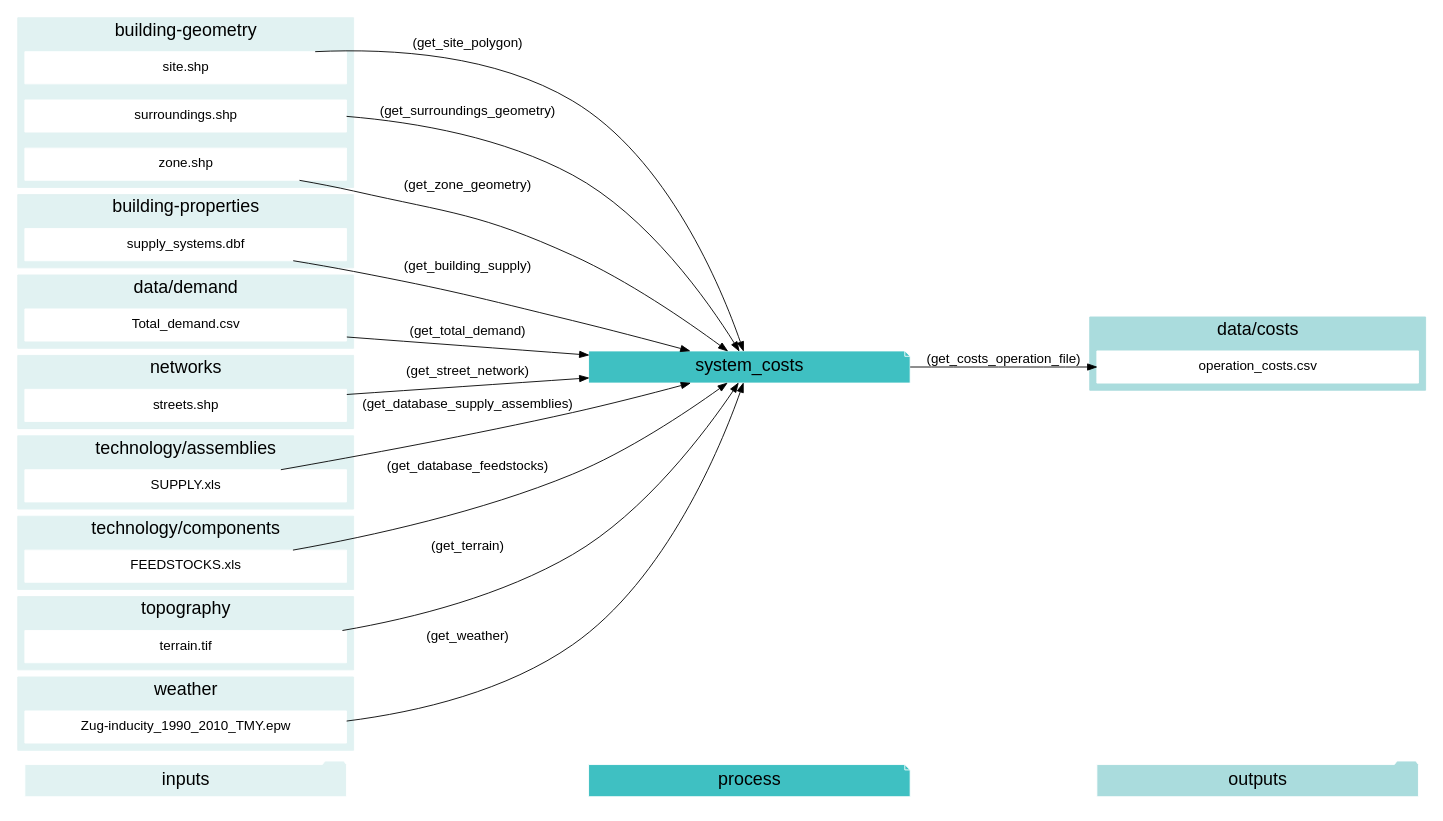
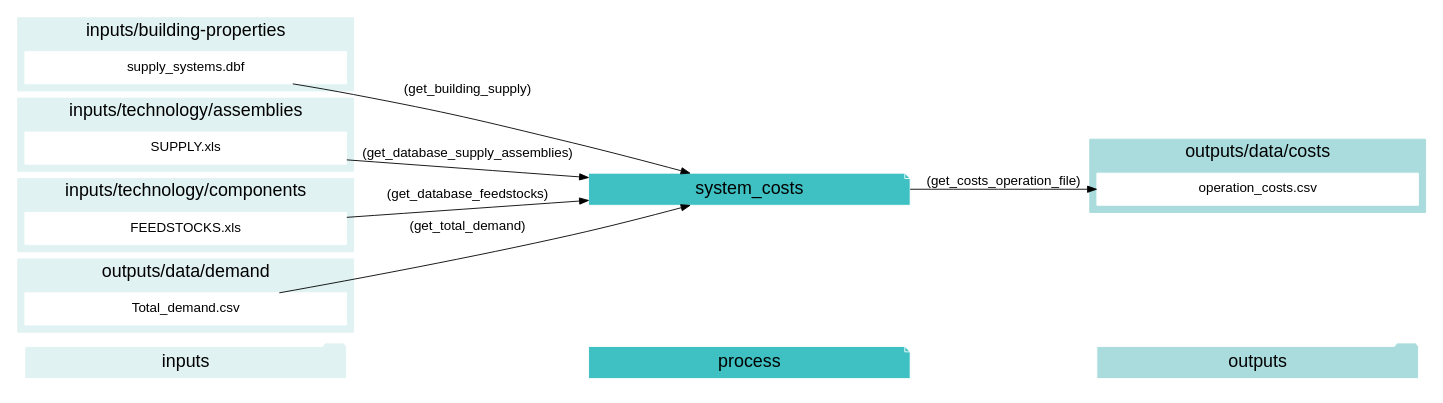
Before and after one commit to architecture-building-systems/CityEnergyAnalyst: diagram 17 of 23 in docs/script-data-flow.rst, drawn with Graphviz. The commit also changed other lines of this file and 25 other files, not shown here.

Commit message:
cleaning up cea-doc graphviz

```diff
--- a/docs/script-data-flow.rst
+++ b/docs/script-data-flow.rst
@@ -1618,6 +1155,6 @@
 .. graphviz::
 
-    digraph trace_inputlocator {
+    digraph system_costs {
     rankdir="LR";
     graph [overlap=false, fontname=arial];
     node [shape=box, style=filled, color=white, fontsize=15, fontname=arial, fixedsize=true, width=5];
@@ -1638,84 +1175,44 @@
         color = "#E1F2F2";
         fontsize = 20;
         rank=same;
-        label="building-geometry";
-        "site.shp"
-        "surroundings.shp"
-        "zone.shp"
+        label="inputs/building-properties";
+        "supply_systems.dbf"
     }
     subgraph cluster_1_in {
         style = filled;
         color = "#E1F2F2";
         fontsize = 20;
         rank=same;
-        label="building-properties";
-        "supply_systems.dbf"
+        label="inputs/technology/assemblies";
+        "SUPPLY.xls"
     }
-    subgraph cluster_2_out {
+    subgraph cluster_2_in {
+        style = filled;
+        color = "#E1F2F2";
+        fontsize = 20;
+        rank=same;
+        label="inputs/technology/components";
+        "FEEDSTOCKS.xls"
+    }
+    subgraph cluster_3_out {
         style = filled;
         color = "#aadcdd";
         fontsize = 20;
         rank=same;
-        label="data/costs";
+        label="outputs/data/costs";
         "operation_costs.csv"
-    }
-    subgraph cluster_3_in {
-        style = filled;
-        color = "#E1F2F2";
-        fontsize = 20;
-        rank=same;
-        label="data/demand";
-        "Total_demand.csv"
     }
     subgraph cluster_4_in {
         style = filled;
         color = "#E1F2F2";
         fontsize = 20;
         rank=same;
-        label="networks";
-        "streets.shp"
-    }
-    subgraph cluster_5_in {
-        style = filled;
-        color = "#E1F2F2";
-        fontsize = 20;
-        rank=same;
-        label="technology/assemblies";
-        "SUPPLY.xls"
-    }
-    subgraph cluster_6_in {
-        style = filled;
-        color = "#E1F2F2";
-        fontsize = 20;
-        rank=same;
-        label="technology/components";
-        "FEEDSTOCKS.xls"
-    }
-    subgraph cluster_7_in {
-        style = filled;
-        color = "#E1F2F2";
-        fontsize = 20;
-        rank=same;
-        label="topography";
-        "terrain.tif"
-    }
-    subgraph cluster_8_in {
-        style = filled;
-        color = "#E1F2F2";
-        fontsize = 20;
-        rank=same;
-        label="weather";
-        "Zug-inducity_1990_2010_TMY.epw"
+        label="outputs/data/demand";
+        "Total_demand.csv"
     }
     "supply_systems.dbf" -> "system_costs"[label="(get_building_supply)"]
     "FEEDSTOCKS.xls" -> "system_costs"[label="(get_database_feedstocks)"]
     "SUPPLY.xls" -> "system_costs"[label="(get_database_supply_assemblies)"]
-    "site.shp" -> "system_costs"[label="(get_site_polygon)"]
-    "streets.shp" -> "system_costs"[label="(get_street_network)"]
-    "surroundings.shp" -> "system_costs"[label="(get_surroundings_geometry)"]
-    "terrain.tif" -> "system_costs"[label="(get_terrain)"]
     "Total_demand.csv" -> "system_costs"[label="(get_total_demand)"]
-    "Zug-inducity_1990_2010_TMY.epw" -> "system_costs"[label="(get_weather)"]
-    "zone.shp" -> "system_costs"[label="(get_zone_geometry)"]
     "system_costs" -> "operation_costs.csv"[label="(get_costs_operation_file)"]
     }
```
